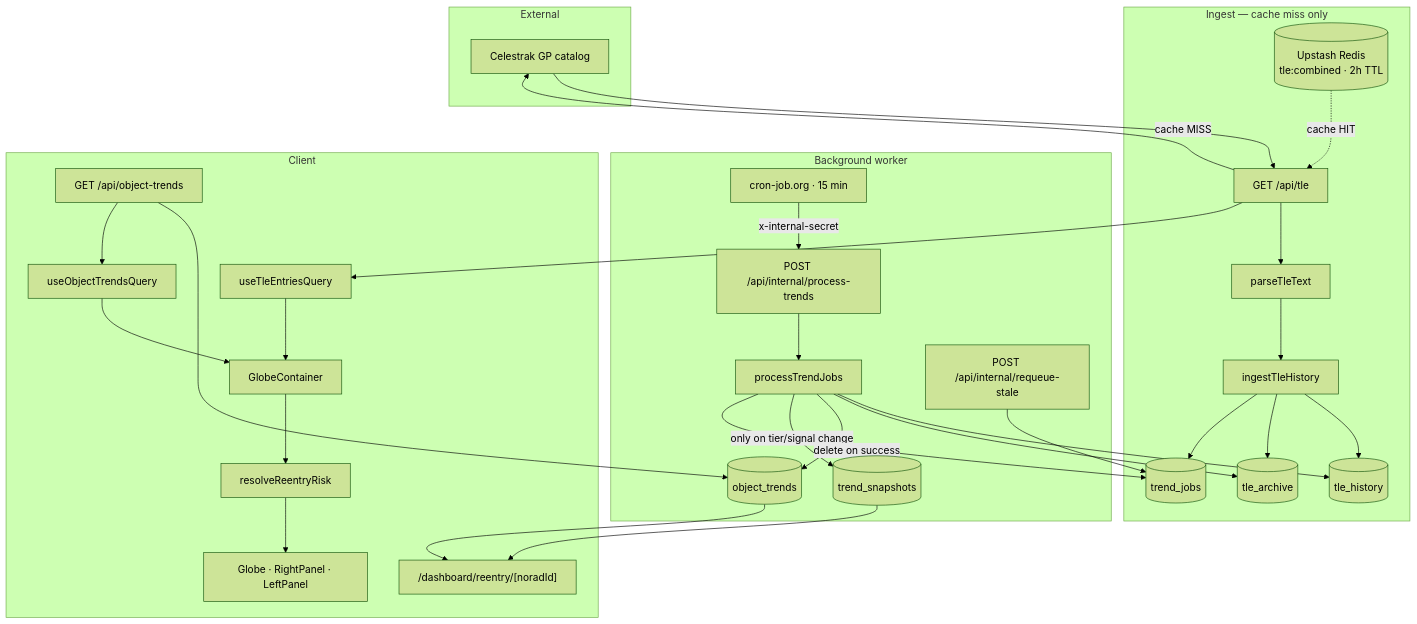
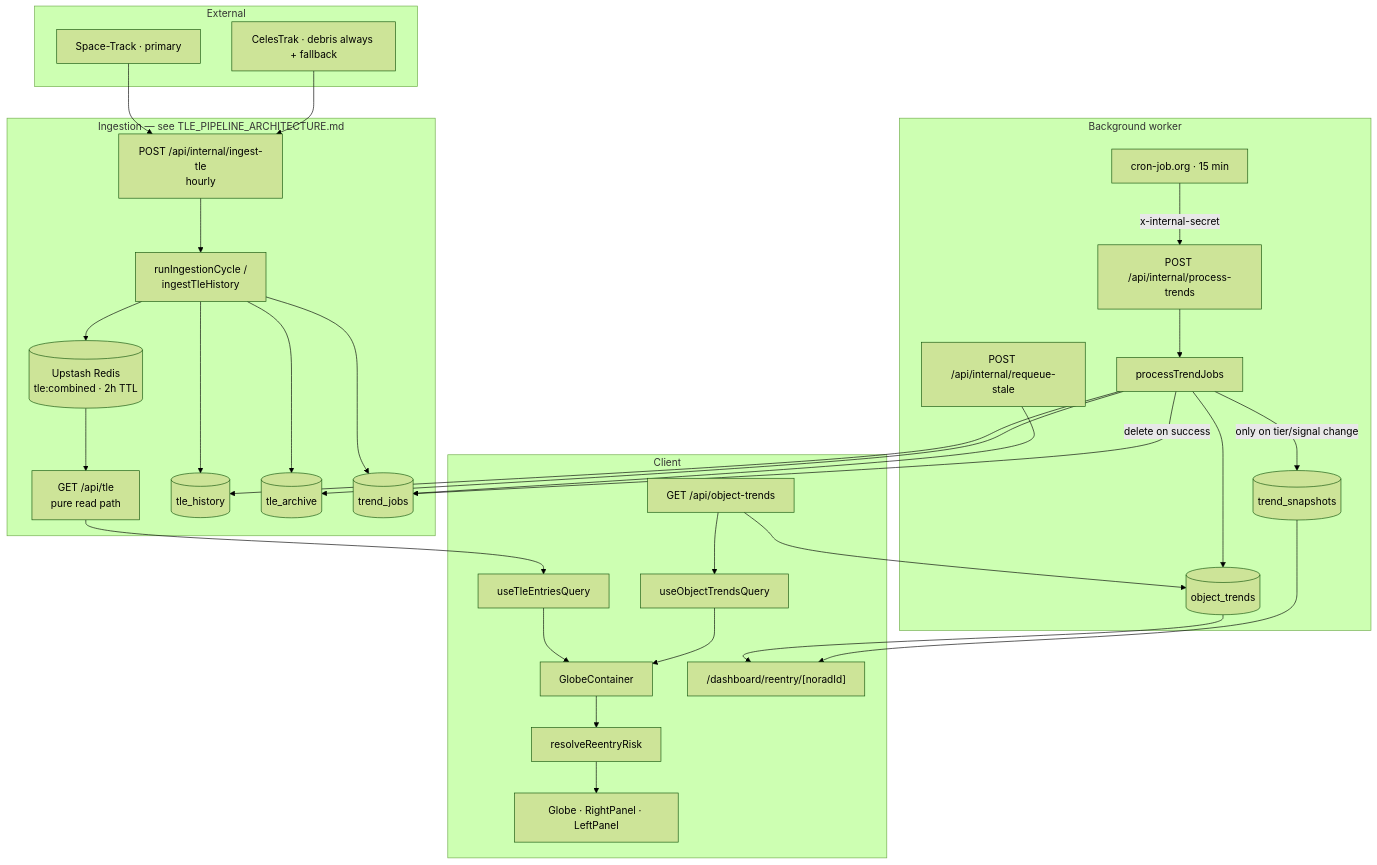
Before and after one commit to Piyushverma-tech/drakon: the first of 2 diagrams in docs/TLE_HISTORY_PIPELINE.md, drawn with Mermaid (forest theme). The commit also changed other lines of this file and 15 other files, not shown here.

````diff
--- a/docs/TLE_HISTORY_PIPELINE.md
+++ b/docs/TLE_HISTORY_PIPELINE.md
@@ -19,50 +21,52 @@
 ```mermaid
 flowchart TB
   subgraph external [External]
-    CS[Celestrak GP catalog]
+    ST[Space-Track · primary]
+    CS[CelesTrak · debris always + fallback]
   end
 
-  subgraph ingest [Ingest — cache miss only]
-    TLE_API["GET /api/tle"]
+  subgraph ingest [Ingestion — see TLE_PIPELINE_ARCHITECTURE.md]
+    IngestRoute["POST /api/internal/ingest-tle<br/>hourly"]
+    TLE_API["GET /api/tle<br/>pure read path"]
     Redis[(Upstash Redis<br/>tle:combined · 2h TTL)]
-    Parse[parseTleText]
-    Ingest[ingestTleHistory]
-    CS --> TLE_API
-    Redis -.->|cache HIT| TLE_API
-    TLE_API -->|cache MISS| CS
-    TLE_API --> Parse --> Ingest
+    Ingest[runIngestionCycle /<br/>ingestTleHistory]
+    ST --> IngestRoute
+    CS --> IngestRoute
+    IngestRoute --> Ingest
+    Ingest --> Redis
+    Redis --> TLE_API
     Ingest --> TH[(tle_history)]
     Ingest --> TA[(tle_archive)]
     Ingest --> TJ[(trend_jobs)]
   end
 
   subgraph worker [Background worker]
     CronExt[cron-job.org · 15 min]
     Internal["POST /api/internal/process-trends"]
     Process[processTrendJobs]
     Requeue["POST /api/internal/requeue-stale"]
     CronExt -->|x-internal-secret| Internal
     Internal --> Process
     Requeue --> TJ
     Process --> TH
     Process --> TA
     Process --> OT[(object_trends)]
     Process -->|only on tier/signal change| TS[(trend_snapshots)]
     Process -->|delete on success| TJ
   end
 
   subgraph client [Client]
     TLE_HOOK[useTleEntriesQuery]
     TREND_HOOK[useObjectTrendsQuery]
     GC[GlobeContainer]
     Resolve[resolveReentryRisk]
     UI[Globe · RightPanel · LeftPanel]
     Analysis["/dashboard/reentry/[noradId]"]
     TLE_API --> TLE_HOOK --> GC
     OT_API["GET /api/object-trends"] --> OT
     OT_API --> TREND_HOOK --> GC
     GC --> Resolve --> UI
     OT --> Analysis
     TS --> Analysis
   end
 ```
````
